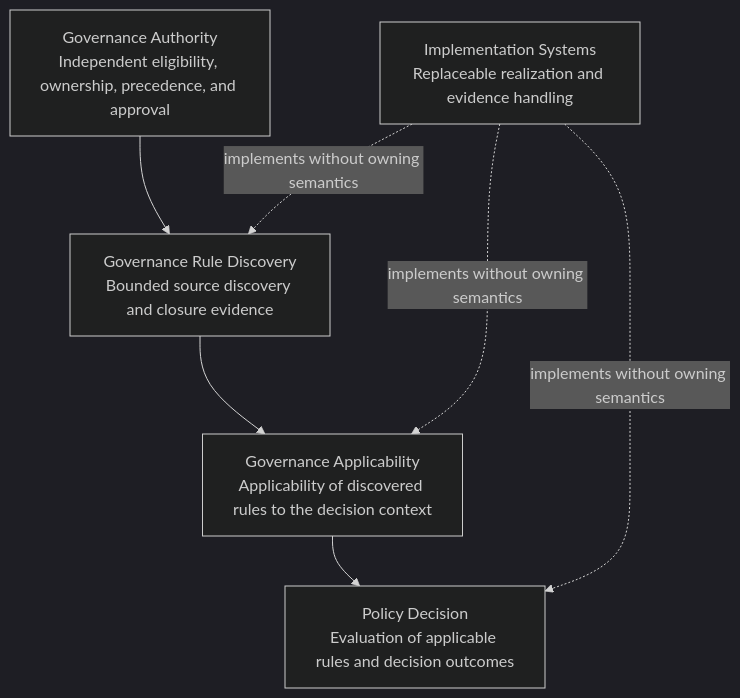
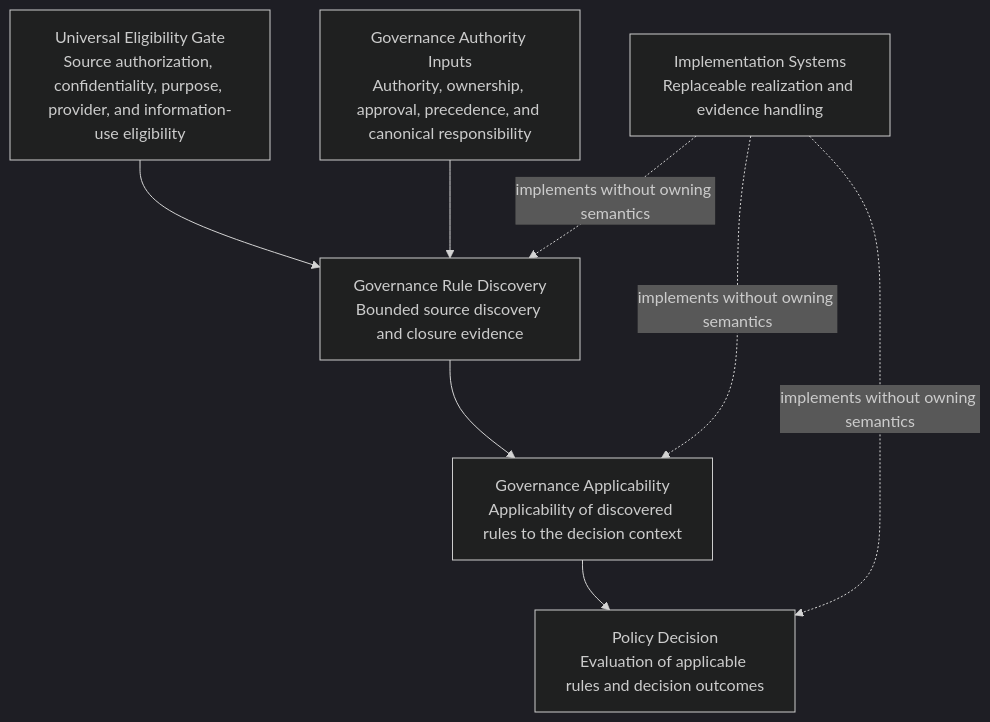
Before and after one commit to dchaschin79-sys/cliff-ai-development-platform: the first of 3 diagrams in docs/architecture/GOVERNANCE_RULE_DISCOVERY_ARCHITECTURE_DECISION_PROPOSAL.md, drawn with Mermaid (dark theme). The commit also changed other lines of this file, not shown here.

Commit message:
docs(architecture): resolve Governance Rule Discovery ADP review findings

````diff
--- a/docs/architecture/GOVERNANCE_RULE_DISCOVERY_ARCHITECTURE_DECISION_PROPOSAL.md
+++ b/docs/architecture/GOVERNANCE_RULE_DISCOVERY_ARCHITECTURE_DECISION_PROPOSAL.md
@@ -162,15 +165,17 @@
 ```mermaid
 flowchart TB
-    GA["Governance Authority<br/>Independent eligibility, ownership, precedence, and approval"]
+    UEG["Universal Eligibility Gate<br/>Source authorization, confidentiality, purpose, provider, and information-use eligibility"]
+    GA["Governance Authority Inputs<br/>Authority, ownership, approval, precedence, and canonical responsibility"]
     GRD["Governance Rule Discovery<br/>Bounded source discovery and closure evidence"]
     GAP["Governance Applicability<br/>Applicability of discovered rules to the decision context"]
     PD["Policy Decision<br/>Evaluation of applicable rules and decision outcomes"]
     IS["Implementation Systems<br/>Replaceable realization and evidence handling"]
 
+    UEG --> GRD
     GA --> GRD
     GRD --> GAP
     GAP --> PD
     IS -. implements without owning semantics .-> GRD
     IS -. implements without owning semantics .-> GAP
     IS -. implements without owning semantics .-> PD
 ```
````
